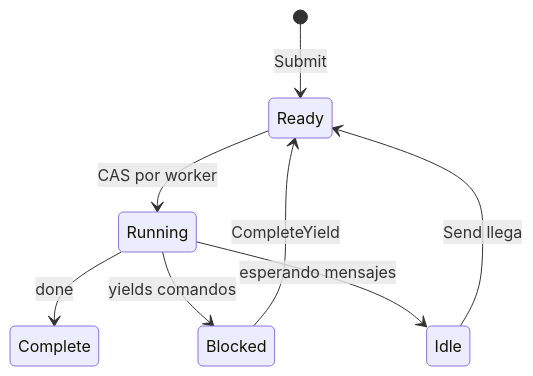
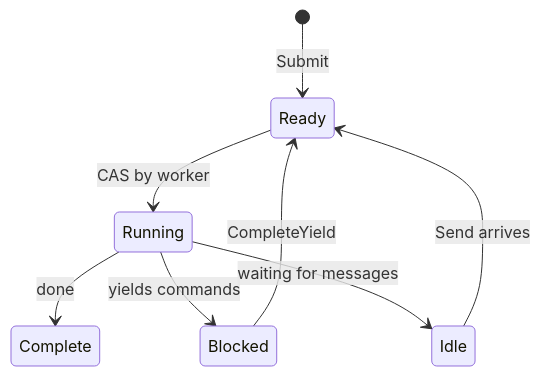
Before and after one commit to wippyai/docs: the second of 2 diagrams in es/internals/scheduler.md, drawn with Mermaid. The commit also changed other lines of this file and 870 other files, not shown here.

````diff
--- a/es/internals/scheduler.md
+++ b/es/internals/scheduler.md
@@ -98,10 +100,10 @@
 ```mermaid
 stateDiagram-v2
     [*] --> Ready: Submit
-    Ready --> Running: CAS por worker
+    Ready --> Running: CAS by worker
     Running --> Complete: done
-    Running --> Blocked: yields comandos
-    Running --> Idle: esperando mensajes
+    Running --> Blocked: yields commands
+    Running --> Idle: waiting for messages
     Blocked --> Ready: CompleteYield
-    Idle --> Ready: Send llega
+    Idle --> Ready: Send arrives
 ```
````
